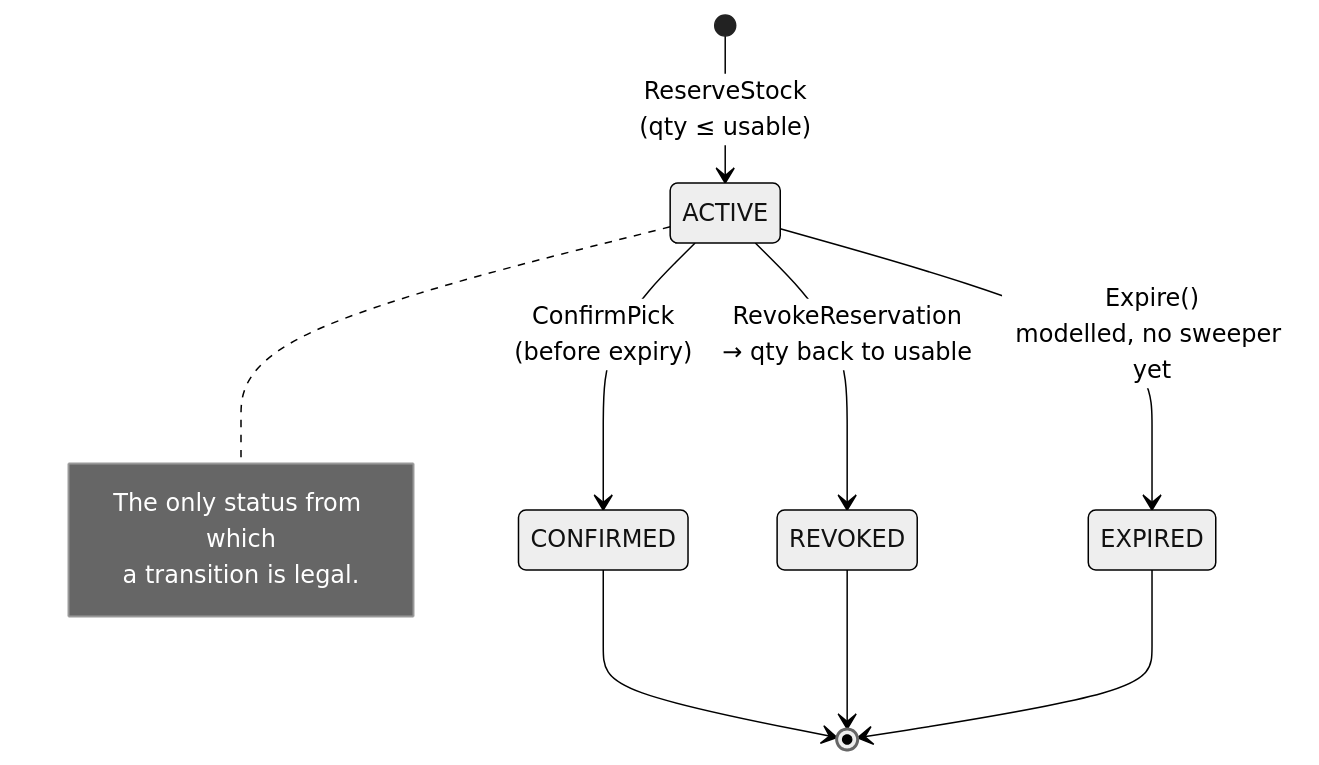
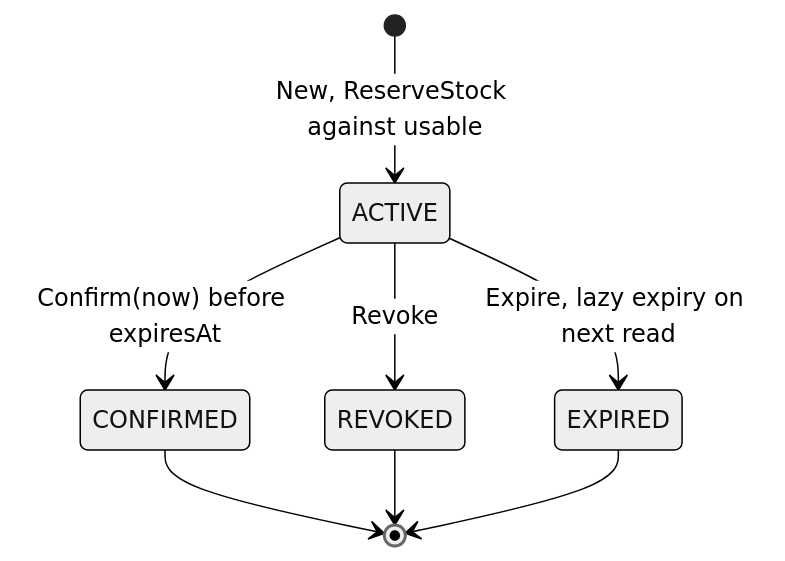
The third of 4 diagrams in docs/contexts/inventory-storage/aggregate-design-canvas.md (IQVO/warehouse-docs), drawn with Mermaid (neutral theme) before and after one commit. The commit also changed other lines of this file and 717 other files, not shown here.

````diff
--- a/docs/contexts/inventory-storage/aggregate-design-canvas.md
+++ b/docs/contexts/inventory-storage/aggregate-design-canvas.md
@@ -155,15 +274,10 @@
 ```mermaid
 stateDiagram-v2
-    [*] --> ACTIVE: ReserveStock<br/>(qty ≤ usable)
-    ACTIVE --> CONFIRMED: ConfirmPick<br/>(before expiry)
-    ACTIVE --> REVOKED: RevokeReservation<br/>→ qty back to usable
-    ACTIVE --> EXPIRED: Expire()<br/>modelled, no sweeper yet
+    [*] --> ACTIVE: New, ReserveStock against usable
+    ACTIVE --> CONFIRMED: Confirm(now) before expiresAt
+    ACTIVE --> REVOKED: Revoke
+    ACTIVE --> EXPIRED: Expire, lazy expiry on next read
     CONFIRMED --> [*]
     REVOKED --> [*]
     EXPIRED --> [*]
-
-    note right of ACTIVE
-        The only status from which
-        a transition is legal.
-    end note
 ```
````
